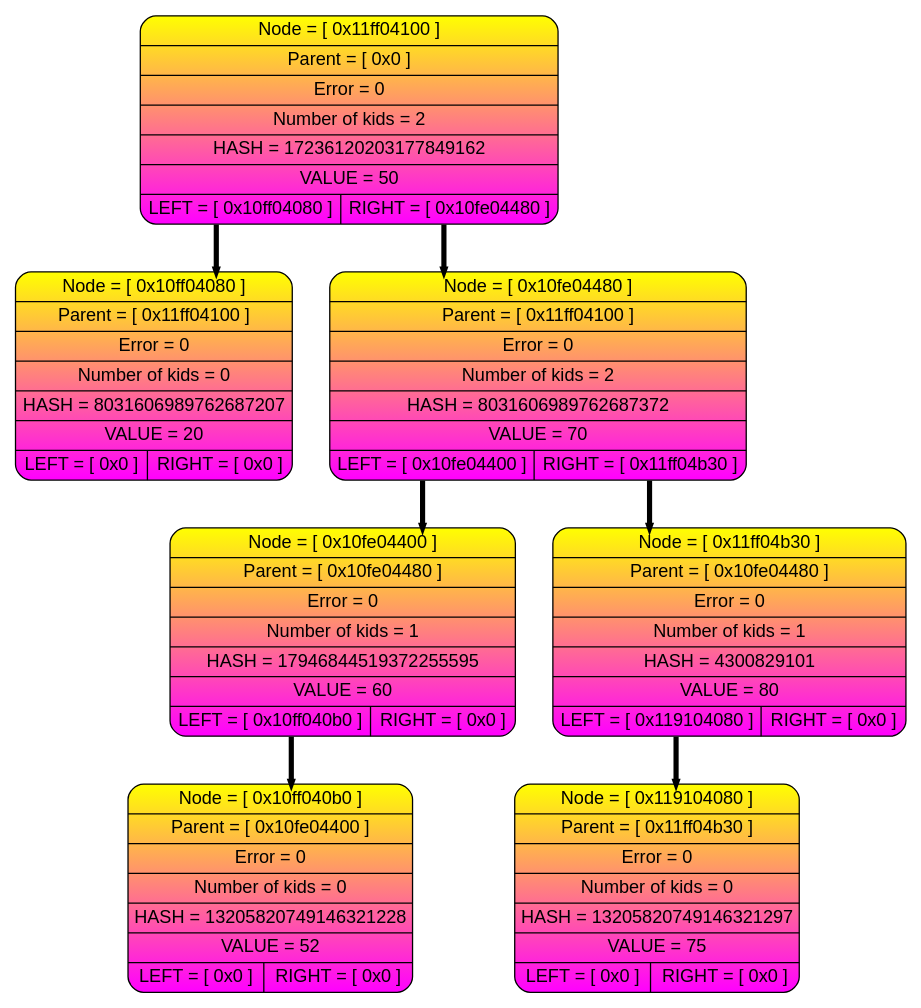
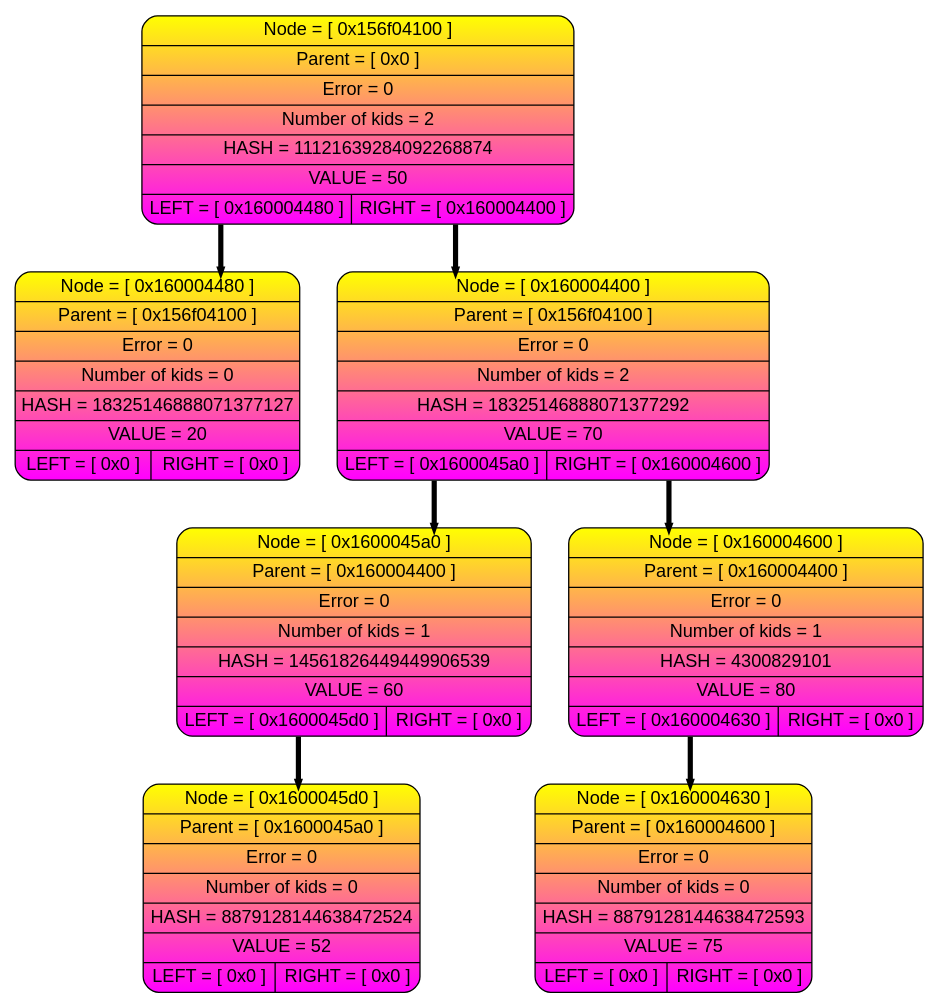
One commit to livlavr/Akinator changed the diagram in Dump-source/dump.dot. Above: the diagram before and after it, drawn with Graphviz. The commit also changed 83 other files, not shown here.

```diff
--- a/Dump-source/dump.dot
+++ b/Dump-source/dump.dot
@@ -1,20 +1,20 @@
 digraph tree{
 splines=ortho;
 rankdir=HR;
 nodesep=0.4;
 node [shape=record, fontname="Arial"];
 edge [style=bold, color="black", weight=10, penwidth=4, arrowsize=0.2];
-P0x11ff04100 [style = "filled, rounded", fillcolor="yellow:magenta" gradientangle=270,label=" {Node = [ 0x11ff04100 ] | Parent = [ 0x0 ] | Error = 0 | Number of kids = 2 | HASH = 17236120203177849162 | VALUE = 50 | { <l> LEFT = [ 0x10ff04080 ] | <r> RIGHT = [ 0x10fe04480 ]}}" ];
-P0x10ff04080 [style = "filled, rounded", fillcolor="yellow:magenta" gradientangle=270,label=" {Node = [ 0x10ff04080 ] | Parent = [ 0x11ff04100 ] | Error = 0 | Number of kids = 0 | HASH = 8031606989762687207 | VALUE = 20 | { <l> LEFT = [ 0x0 ] | <r> RIGHT = [ 0x0 ]}}" ];
-P0x10fe04480 [style = "filled, rounded", fillcolor="yellow:magenta" gradientangle=270,label=" {Node = [ 0x10fe04480 ] | Parent = [ 0x11ff04100 ] | Error = 0 | Number of kids = 2 | HASH = 8031606989762687372 | VALUE = 70 | { <l> LEFT = [ 0x10fe04400 ] | <r> RIGHT = [ 0x11ff04b30 ]}}" ];
-P0x10fe04400 [style = "filled, rounded", fillcolor="yellow:magenta" gradientangle=270,label=" {Node = [ 0x10fe04400 ] | Parent = [ 0x10fe04480 ] | Error = 0 | Number of kids = 1 | HASH = 17946844519372255595 | VALUE = 60 | { <l> LEFT = [ 0x10ff040b0 ] | <r> RIGHT = [ 0x0 ]}}" ];
-P0x10ff040b0 [style = "filled, rounded", fillcolor="yellow:magenta" gradientangle=270,label=" {Node = [ 0x10ff040b0 ] | Parent = [ 0x10fe04400 ] | Error = 0 | Number of kids = 0 | HASH = 13205820749146321228 | VALUE = 52 | { <l> LEFT = [ 0x0 ] | <r> RIGHT = [ 0x0 ]}}" ];
-P0x10fe04400:<l> -> P0x10ff040b0
-P0x11ff04b30 [style = "filled, rounded", fillcolor="yellow:magenta" gradientangle=270,label=" {Node = [ 0x11ff04b30 ] | Parent = [ 0x10fe04480 ] | Error = 0 | Number of kids = 1 | HASH = 4300829101 | VALUE = 80 | { <l> LEFT = [ 0x119104080 ] | <r> RIGHT = [ 0x0 ]}}" ];
-P0x119104080 [style = "filled, rounded", fillcolor="yellow:magenta" gradientangle=270,label=" {Node = [ 0x119104080 ] | Parent = [ 0x11ff04b30 ] | Error = 0 | Number of kids = 0 | HASH = 13205820749146321297 | VALUE = 75 | { <l> LEFT = [ 0x0 ] | <r> RIGHT = [ 0x0 ]}}" ];
-P0x11ff04b30:<l> -> P0x119104080
-P0x10fe04480:<l> -> P0x10fe04400
-P0x10fe04480:<r> -> P0x11ff04b30
-P0x11ff04100:<l> -> P0x10ff04080
-P0x11ff04100:<r> -> P0x10fe04480
+P0x156f04100 [style = "filled, rounded", fillcolor="yellow:magenta" gradientangle=270,label=" {Node = [ 0x156f04100 ] | Parent = [ 0x0 ] | Error = 0 | Number of kids = 2 | HASH = 11121639284092268874 | VALUE = 50 | { <l> LEFT = [ 0x160004480 ] | <r> RIGHT = [ 0x160004400 ]}}" ];
+P0x160004480 [style = "filled, rounded", fillcolor="yellow:magenta" gradientangle=270,label=" {Node = [ 0x160004480 ] | Parent = [ 0x156f04100 ] | Error = 0 | Number of kids = 0 | HASH = 18325146888071377127 | VALUE = 20 | { <l> LEFT = [ 0x0 ] | <r> RIGHT = [ 0x0 ]}}" ];
+P0x160004400 [style = "filled, rounded", fillcolor="yellow:magenta" gradientangle=270,label=" {Node = [ 0x160004400 ] | Parent = [ 0x156f04100 ] | Error = 0 | Number of kids = 2 | HASH = 18325146888071377292 | VALUE = 70 | { <l> LEFT = [ 0x1600045a0 ] | <r> RIGHT = [ 0x160004600 ]}}" ];
+P0x1600045a0 [style = "filled, rounded", fillcolor="yellow:magenta" gradientangle=270,label=" {Node = [ 0x1600045a0 ] | Parent = [ 0x160004400 ] | Error = 0 | Number of kids = 1 | HASH = 14561826449449906539 | VALUE = 60 | { <l> LEFT = [ 0x1600045d0 ] | <r> RIGHT = [ 0x0 ]}}" ];
+P0x1600045d0 [style = "filled, rounded", fillcolor="yellow:magenta" gradientangle=270,label=" {Node = [ 0x1600045d0 ] | Parent = [ 0x1600045a0 ] | Error = 0 | Number of kids = 0 | HASH = 8879128144638472524 | VALUE = 52 | { <l> LEFT = [ 0x0 ] | <r> RIGHT = [ 0x0 ]}}" ];
+P0x1600045a0:<l> -> P0x1600045d0
+P0x160004600 [style = "filled, rounded", fillcolor="yellow:magenta" gradientangle=270,label=" {Node = [ 0x160004600 ] | Parent = [ 0x160004400 ] | Error = 0 | Number of kids = 1 | HASH = 4300829101 | VALUE = 80 | { <l> LEFT = [ 0x160004630 ] | <r> RIGHT = [ 0x0 ]}}" ];
+P0x160004630 [style = "filled, rounded", fillcolor="yellow:magenta" gradientangle=270,label=" {Node = [ 0x160004630 ] | Parent = [ 0x160004600 ] | Error = 0 | Number of kids = 0 | HASH = 8879128144638472593 | VALUE = 75 | { <l> LEFT = [ 0x0 ] | <r> RIGHT = [ 0x0 ]}}" ];
+P0x160004600:<l> -> P0x160004630
+P0x160004400:<l> -> P0x1600045a0
+P0x160004400:<r> -> P0x160004600
+P0x156f04100:<l> -> P0x160004480
+P0x156f04100:<r> -> P0x160004400
 }
```
